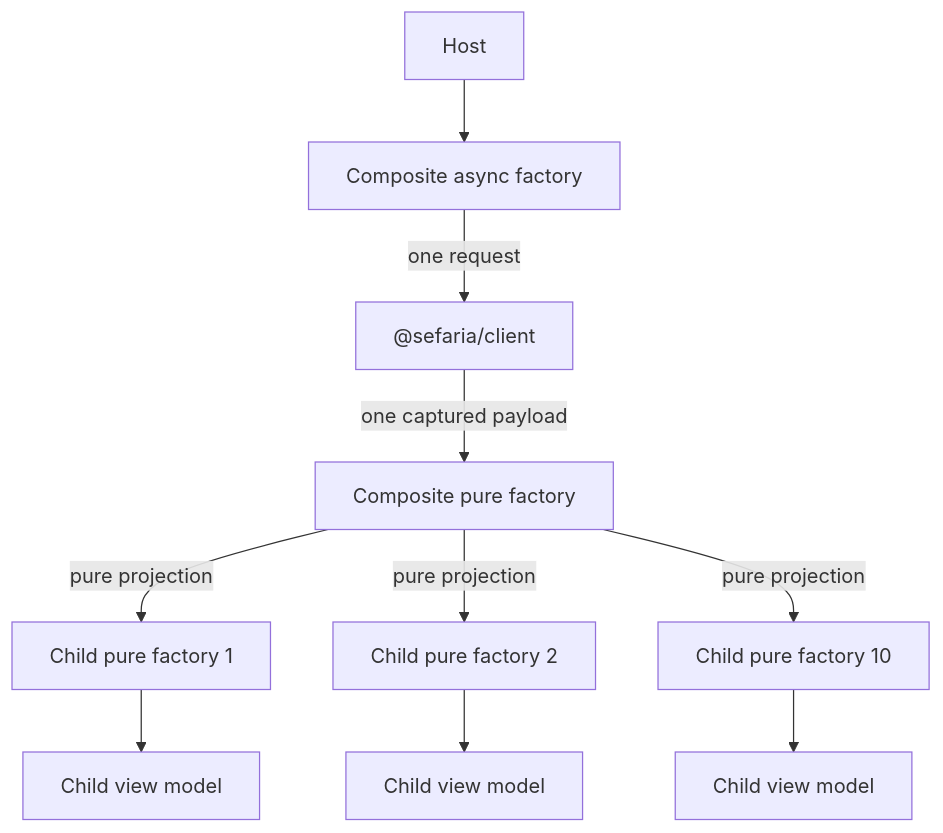
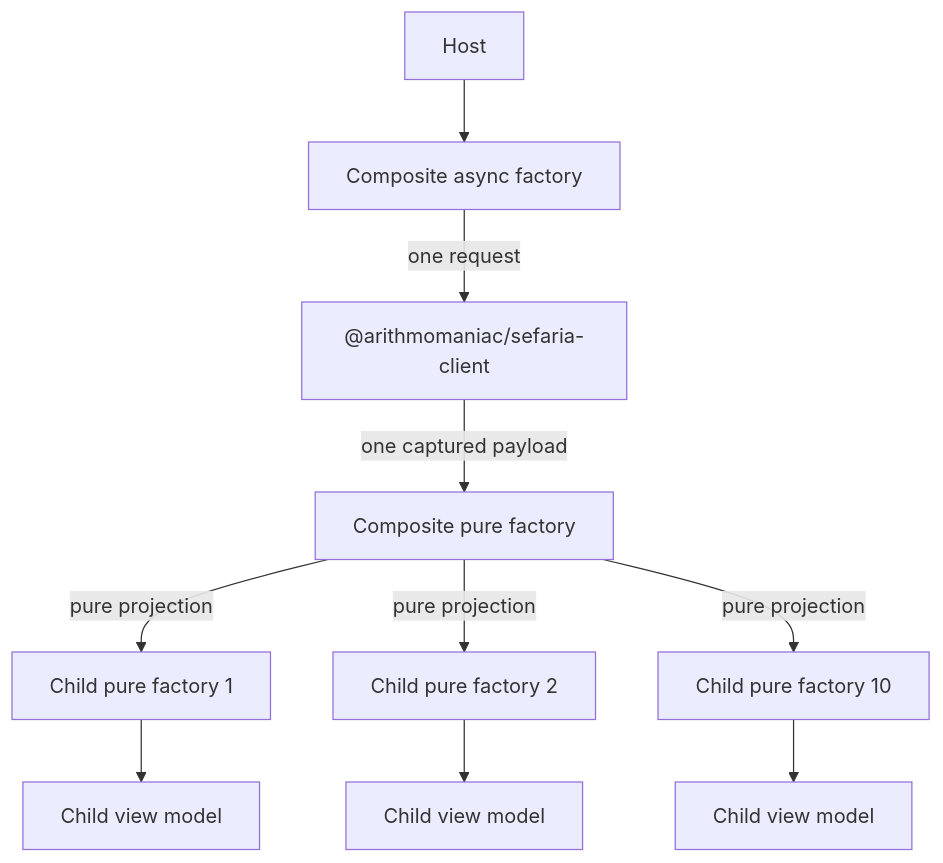
One commit to Arithmomaniac/sefaria-frontend-toolkit changed the third of 3 diagrams in docs/specs/components.md. Above: the diagram before and after it, drawn with Mermaid. The commit also changed other lines of this file and 130 other files, not shown here.

````diff
--- a/docs/specs/components.md
+++ b/docs/specs/components.md
@@ -209,12 +209,12 @@
 ```mermaid
 flowchart TD
     HOST["Host"] --> OUTER["Composite async factory"]
-    OUTER -->|"one request"| CLIENT["@sefaria/client"]
+    OUTER -->|"one request"| CLIENT["@arithmomaniac/sefaria-client"]
     CLIENT -->|"one captured payload"| COMPOSITE["Composite pure factory"]
     COMPOSITE -->|"pure projection"| C1["Child pure factory 1"]
     COMPOSITE -->|"pure projection"| C2["Child pure factory 2"]
     COMPOSITE -->|"pure projection"| C10["Child pure factory 10"]
     C1 --> VM1["Child view model"]
     C2 --> VM2["Child view model"]
     C10 --> VM10["Child view model"]
 ```
````
